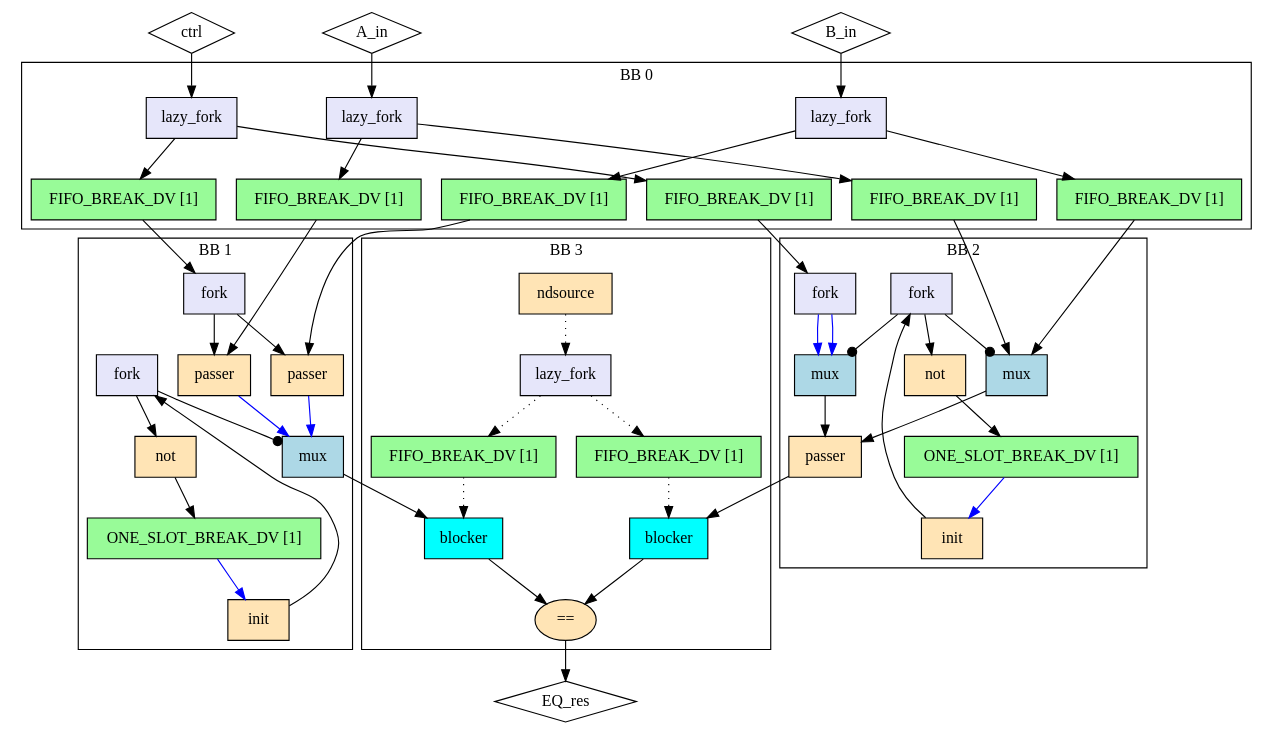
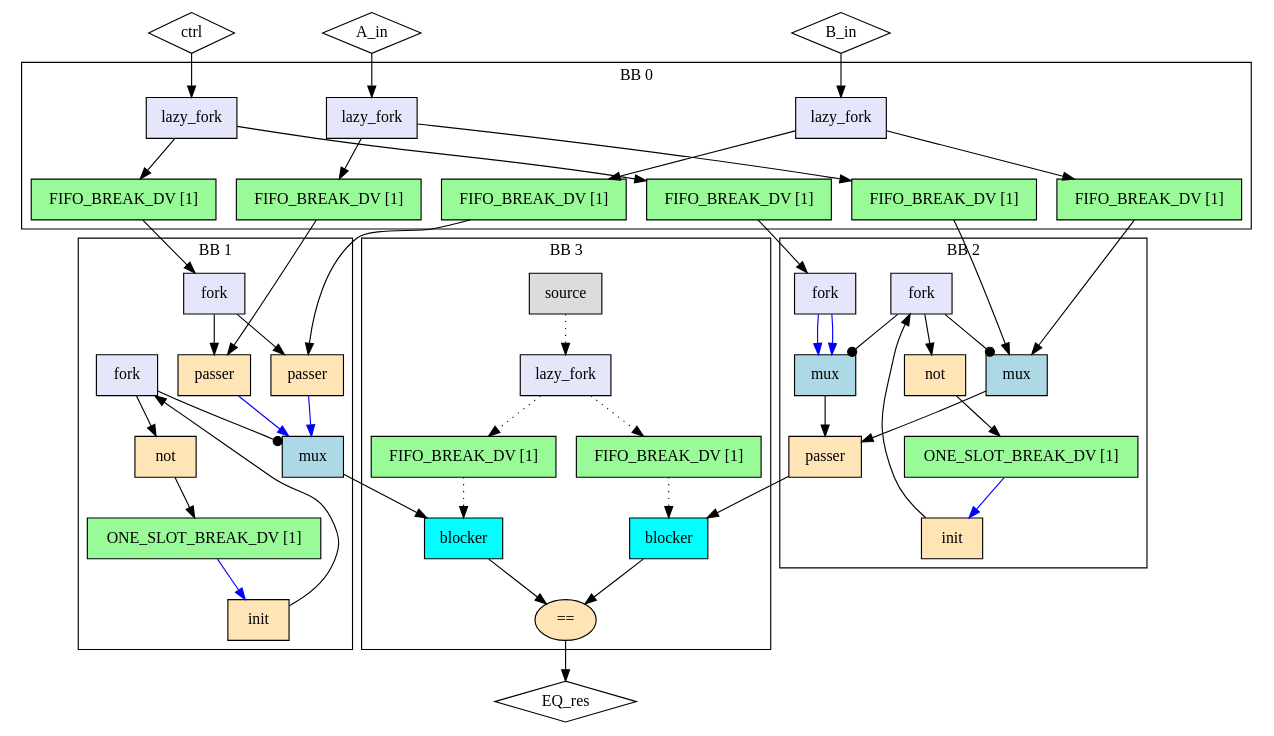
One commit to EPFL-LAP/dynamatic changed the diagram in experimental/tools/elastic-miter/out/sup_eager_gamma_mux/miter/model.dot. Above: the diagram before and after it, drawn with Graphviz. The commit also changed 415 other files, not shown here.

```diff
--- a/experimental/tools/elastic-miter/out/sup_eager_gamma_mux/miter/model.dot
+++ b/experimental/tools/elastic-miter/out/sup_eager_gamma_mux/miter/model.dot
@@ -1,96 +1,96 @@
 Digraph G {
   splines=spline
   compound=true
   "A_in" ["style"="solid", "shape"="diamond", "label"="A_in", "mlir_op"="handshake.func"]
   "B_in" ["style"="solid", "shape"="diamond", "label"="B_in", "mlir_op"="handshake.func"]
   "ctrl" ["style"="solid", "shape"="diamond", "label"="ctrl", "mlir_op"="handshake.func"]
   "EQ_res" ["style"="solid", "shape"="diamond", "label"="EQ_res", "mlir_op"="handshake.func"]
   "A_in" -> "in_fork_A_in" ["dir"="both", "style"="solid", "arrowhead"="normal", "from_idx"="0", "to"="ins", "arrowtail"="none", "from"="A_in", "to_idx"="0"]
   "B_in" -> "in_fork_B_in" ["dir"="both", "style"="solid", "arrowhead"="normal", "from_idx"="1", "to"="ins", "arrowtail"="none", "from"="B_in", "to_idx"="0"]
   "ctrl" -> "in_fork_ctrl" ["dir"="both", "style"="solid", "arrowhead"="normal", "from_idx"="2", "to"="ins", "arrowtail"="none", "from"="ctrl", "to_idx"="0"]
   "lhs_in_buf_A_in" -> "lhs_a_passer" ["dir"="both", "style"="solid", "arrowhead"="normal", "from_idx"="0", "to"="data", "arrowtail"="none", "from"="outs", "to_idx"="0"]
   "rhs_in_buf_A_in" -> "rhs_mux" ["dir"="both", "style"="solid", "arrowhead"="normal", "from_idx"="0", "to"="ins_1", "arrowtail"="none", "from"="outs", "to_idx"="2"]
   "lhs_in_buf_B_in" -> "lhs_b_passer" ["dir"="both", "style"="solid", "arrowhead"="normal", "from_idx"="0", "to"="data", "arrowtail"="none", "from"="outs", "to_idx"="0"]
   "rhs_in_buf_B_in" -> "rhs_mux" ["dir"="both", "style"="solid", "arrowhead"="normal", "from_idx"="0", "to"="ins_0", "arrowtail"="none", "from"="outs", "to_idx"="1"]
   "lhs_in_buf_ctrl" -> "lhs_ctrl_fork" ["dir"="both", "style"="solid", "arrowhead"="normal", "from_idx"="0", "to"="ins", "arrowtail"="none", "from"="outs", "to_idx"="0"]
   "rhs_in_buf_ctrl" -> "rhs_ctrl_fork" ["dir"="both", "style"="solid", "arrowhead"="normal", "from_idx"="0", "to"="ins", "arrowtail"="none", "from"="outs", "to_idx"="0"]
   "out_eq_res" -> "EQ_res" ["dir"="both", "style"="solid", "arrowhead"="normal", "from_idx"="0", "to"="EQ_res", "arrowtail"="none", "from"="result", "to_idx"="0"]
   "lhs_mux" -> "lhs_out_bl_res" ["dir"="both", "style"="solid", "arrowhead"="normal", "from_idx"="0", "to"="ins", "arrowtail"="none", "from"="outs", "to_idx"="0"]
   "rhs_res_passer" -> "rhs_out_bl_res" ["dir"="both", "style"="solid", "arrowhead"="normal", "from_idx"="0", "to"="ins", "arrowtail"="none", "from"="result", "to_idx"="0"]
   subgraph cluster0 {
     graph ["label"="BB 0"]
     "in_fork_A_in" ["style"="filled", "fillcolor"="lavender", "shape"="box", "label"="lazy_fork", "mlir_op"="handshake.lazy_fork"]
     "lhs_in_buf_A_in" ["style"="filled", "fillcolor"="palegreen", "shape"="box", "label"="FIFO_BREAK_DV [1]", "mlir_op"="handshake.buffer"]
     "rhs_in_buf_A_in" ["style"="filled", "fillcolor"="palegreen", "shape"="box", "label"="FIFO_BREAK_DV [1]", "mlir_op"="handshake.buffer"]
     "in_fork_B_in" ["style"="filled", "fillcolor"="lavender", "shape"="box", "label"="lazy_fork", "mlir_op"="handshake.lazy_fork"]
     "lhs_in_buf_B_in" ["style"="filled", "fillcolor"="palegreen", "shape"="box", "label"="FIFO_BREAK_DV [1]", "mlir_op"="handshake.buffer"]
     "rhs_in_buf_B_in" ["style"="filled", "fillcolor"="palegreen", "shape"="box", "label"="FIFO_BREAK_DV [1]", "mlir_op"="handshake.buffer"]
     "in_fork_ctrl" ["style"="filled", "fillcolor"="lavender", "shape"="box", "label"="lazy_fork", "mlir_op"="handshake.lazy_fork"]
     "lhs_in_buf_ctrl" ["style"="filled", "fillcolor"="palegreen", "shape"="box", "label"="FIFO_BREAK_DV [1]", "mlir_op"="handshake.buffer"]
     "rhs_in_buf_ctrl" ["style"="filled", "fillcolor"="palegreen", "shape"="box", "label"="FIFO_BREAK_DV [1]", "mlir_op"="handshake.buffer"]
     "in_fork_A_in" -> "lhs_in_buf_A_in" ["dir"="both", "style"="solid", "arrowhead"="normal", "from_idx"="0", "to"="ins", "arrowtail"="none", "from"="outs_0", "to_idx"="0"]
     "in_fork_A_in" -> "rhs_in_buf_A_in" ["dir"="both", "style"="solid", "arrowhead"="normal", "from_idx"="1", "to"="ins", "arrowtail"="none", "from"="outs_1", "to_idx"="0"]
     "in_fork_B_in" -> "lhs_in_buf_B_in" ["dir"="both", "style"="solid", "arrowhead"="normal", "from_idx"="0", "to"="ins", "arrowtail"="none", "from"="outs_0", "to_idx"="0"]
     "in_fork_B_in" -> "rhs_in_buf_B_in" ["dir"="both", "style"="solid", "arrowhead"="normal", "from_idx"="1", "to"="ins", "arrowtail"="none", "from"="outs_1", "to_idx"="0"]
     "in_fork_ctrl" -> "lhs_in_buf_ctrl" ["dir"="both", "style"="solid", "arrowhead"="normal", "from_idx"="0", "to"="ins", "arrowtail"="none", "from"="outs_0", "to_idx"="0"]
     "in_fork_ctrl" -> "rhs_in_buf_ctrl" ["dir"="both", "style"="solid", "arrowhead"="normal", "from_idx"="1", "to"="ins", "arrowtail"="none", "from"="outs_1", "to_idx"="0"]
   }
   subgraph cluster3 {
     graph ["label"="BB 3"]
-    "out_nds_res" ["style"="filled", "fillcolor"="moccasin", "shape"="box", "label"="ndsource", "mlir_op"="handshake.ndsource"]
+    "out_src_res" ["style"="filled", "fillcolor"="gainsboro", "shape"="box", "label"="source", "mlir_op"="handshake.source"]
     "out_lf_res" ["style"="filled", "fillcolor"="lavender", "shape"="box", "label"="lazy_fork", "mlir_op"="handshake.lazy_fork"]
     "out_buf_lhs_nds_res" ["style"="filled", "fillcolor"="palegreen", "shape"="box", "label"="FIFO_BREAK_DV [1]", "mlir_op"="handshake.buffer"]
     "out_buf_rhs_nds_res" ["style"="filled", "fillcolor"="palegreen", "shape"="box", "label"="FIFO_BREAK_DV [1]", "mlir_op"="handshake.buffer"]
     "lhs_out_bl_res" ["style"="filled", "fillcolor"="cyan", "shape"="box", "label"="blocker", "mlir_op"="handshake.blocker"]
     "rhs_out_bl_res" ["style"="filled", "fillcolor"="cyan", "shape"="box", "label"="blocker", "mlir_op"="handshake.blocker"]
     "out_eq_res" ["style"="filled", "fillcolor"="moccasin", "shape"="oval", "label"="==", "mlir_op"="handshake.cmpi=="]
-    "out_nds_res" -> "out_lf_res" ["dir"="both", "style"="dotted", "arrowhead"="normal", "from_idx"="0", "to"="ins", "arrowtail"="none", "from"="result", "to_idx"="0"]
+    "out_src_res" -> "out_lf_res" ["dir"="both", "style"="dotted", "arrowhead"="normal", "from_idx"="0", "to"="ins", "arrowtail"="none", "from"="outs", "to_idx"="0"]
     "out_lf_res" -> "out_buf_lhs_nds_res" ["dir"="both", "style"="dotted", "arrowhead"="normal", "from_idx"="0", "to"="ins", "arrowtail"="none", "from"="outs_0", "to_idx"="0"]
     "out_lf_res" -> "out_buf_rhs_nds_res" ["dir"="both", "style"="dotted", "arrowhead"="normal", "from_idx"="1", "to"="ins", "arrowtail"="none", "from"="outs_1", "to_idx"="0"]
     "out_buf_lhs_nds_res" -> "lhs_out_bl_res" ["dir"="both", "style"="dotted", "arrowhead"="normal", "from_idx"="0", "to"="ctrl", "arrowtail"="none", "from"="outs", "to_idx"="1"]
     "out_buf_rhs_nds_res" -> "rhs_out_bl_res" ["dir"="both", "style"="dotted", "arrowhead"="normal", "from_idx"="0", "to"="ctrl", "arrowtail"="none", "from"="outs", "to_idx"="1"]
     "lhs_out_bl_res" -> "out_eq_res" ["dir"="both", "style"="solid", "arrowhead"="normal", "from_idx"="0", "to"="lhs", "arrowtail"="none", "from"="outs", "to_idx"="0"]
     "rhs_out_bl_res" -> "out_eq_res" ["dir"="both", "style"="solid", "arrowhead"="normal", "from_idx"="0", "to"="rhs", "arrowtail"="none", "from"="outs", "to_idx"="1"]
   }
   subgraph cluster1 {
     graph ["label"="BB 1"]
     "lhs_initop" ["style"="filled", "fillcolor"="moccasin", "shape"="box", "label"="init", "mlir_op"="handshake.init"]
     "lhs_cst_dup_fork" ["style"="filled", "fillcolor"="lavender", "shape"="box", "label"="fork", "mlir_op"="handshake.fork"]
     "lhs_not" ["style"="filled", "fillcolor"="moccasin", "shape"="box", "label"="not", "mlir_op"="handshake.not"]
     "lhs_buff" ["style"="filled", "fillcolor"="palegreen", "shape"="box", "label"="ONE_SLOT_BREAK_DV [1]", "mlir_op"="handshake.buffer"]
     "lhs_ctrl_fork" ["style"="filled", "fillcolor"="lavender", "shape"="box", "label"="fork", "mlir_op"="handshake.fork"]
     "lhs_a_passer" ["style"="filled", "fillcolor"="moccasin", "shape"="box", "label"="passer", "mlir_op"="handshake.passer"]
     "lhs_b_passer" ["style"="filled", "fillcolor"="moccasin", "shape"="box", "label"="passer", "mlir_op"="handshake.passer"]
     "lhs_mux" ["style"="filled", "fillcolor"="lightblue", "shape"="box", "label"="mux", "mlir_op"="handshake.mux"]
     "lhs_initop" -> "lhs_cst_dup_fork" ["dir"="both", "style"="solid", "arrowhead"="normal", "from_idx"="0", "to"="ins", "arrowtail"="none", "from"="outs", "to_idx"="0"]
     "lhs_cst_dup_fork" -> "lhs_not" ["dir"="both", "style"="solid", "arrowhead"="normal", "from_idx"="0", "to"="ins", "arrowtail"="none", "from"="outs_0", "to_idx"="0"]
     "lhs_cst_dup_fork" -> "lhs_mux" ["dir"="both", "style"="solid", "arrowhead"="dot", "from_idx"="1", "to"="index", "arrowtail"="none", "from"="outs_1", "to_idx"="0"]
     "lhs_not" -> "lhs_buff" ["dir"="both", "style"="solid", "arrowhead"="normal", "from_idx"="0", "to"="ins", "arrowtail"="none", "from"="outs", "to_idx"="0"]
     "lhs_buff" -> "lhs_initop" ["dir"="both", "style"="solid", "arrowhead"="normal", "from_idx"="0", "color"="blue", "to"="ins", "arrowtail"="none", "from"="outs", "to_idx"="0"]
     "lhs_ctrl_fork" -> "lhs_a_passer" ["dir"="both", "style"="solid", "arrowhead"="normal", "from_idx"="0", "to"="ctrl", "arrowtail"="none", "from"="outs_0", "to_idx"="1"]
     "lhs_ctrl_fork" -> "lhs_b_passer" ["dir"="both", "style"="solid", "arrowhead"="normal", "from_idx"="1", "to"="ctrl", "arrowtail"="none", "from"="outs_1", "to_idx"="1"]
     "lhs_a_passer" -> "lhs_mux" ["dir"="both", "style"="solid", "arrowhead"="normal", "from_idx"="0", "color"="blue", "to"="ins_1", "arrowtail"="none", "from"="result", "to_idx"="2"]
     "lhs_b_passer" -> "lhs_mux" ["dir"="both", "style"="solid", "arrowhead"="normal", "from_idx"="0", "color"="blue", "to"="ins_0", "arrowtail"="none", "from"="result", "to_idx"="1"]
   }
   subgraph cluster2 {
     graph ["label"="BB 2"]
     "rhs_initop" ["style"="filled", "fillcolor"="moccasin", "shape"="box", "label"="init", "mlir_op"="handshake.init"]
     "rhs_cst_dup_fork" ["style"="filled", "fillcolor"="lavender", "shape"="box", "label"="fork", "mlir_op"="handshake.fork"]
     "rhs_not" ["style"="filled", "fillcolor"="moccasin", "shape"="box", "label"="not", "mlir_op"="handshake.not"]
     "rhs_buff" ["style"="filled", "fillcolor"="palegreen", "shape"="box", "label"="ONE_SLOT_BREAK_DV [1]", "mlir_op"="handshake.buffer"]
     "rhs_ctrl_fork" ["style"="filled", "fillcolor"="lavender", "shape"="box", "label"="fork", "mlir_op"="handshake.fork"]
     "rhs_ctrl_mux" ["style"="filled", "fillcolor"="lightblue", "shape"="box", "label"="mux", "mlir_op"="handshake.mux"]
     "rhs_mux" ["style"="filled", "fillcolor"="lightblue", "shape"="box", "label"="mux", "mlir_op"="handshake.mux"]
     "rhs_res_passer" ["style"="filled", "fillcolor"="moccasin", "shape"="box", "label"="passer", "mlir_op"="handshake.passer"]
     "rhs_initop" -> "rhs_cst_dup_fork" ["dir"="both", "style"="solid", "arrowhead"="normal", "from_idx"="0", "to"="ins", "arrowtail"="none", "from"="outs", "to_idx"="0"]
     "rhs_cst_dup_fork" -> "rhs_not" ["dir"="both", "style"="solid", "arrowhead"="normal", "from_idx"="0", "to"="ins", "arrowtail"="none", "from"="outs_0", "to_idx"="0"]
     "rhs_cst_dup_fork" -> "rhs_ctrl_mux" ["dir"="both", "style"="solid", "arrowhead"="dot", "from_idx"="1", "to"="index", "arrowtail"="none", "from"="outs_1", "to_idx"="0"]
     "rhs_cst_dup_fork" -> "rhs_mux" ["dir"="both", "style"="solid", "arrowhead"="dot", "from_idx"="2", "to"="index", "arrowtail"="none", "from"="outs_2", "to_idx"="0"]
     "rhs_not" -> "rhs_buff" ["dir"="both", "style"="solid", "arrowhead"="normal", "from_idx"="0", "to"="ins", "arrowtail"="none", "from"="outs", "to_idx"="0"]
     "rhs_buff" -> "rhs_initop" ["dir"="both", "style"="solid", "arrowhead"="normal", "from_idx"="0", "color"="blue", "to"="ins", "arrowtail"="none", "from"="outs", "to_idx"="0"]
     "rhs_ctrl_fork" -> "rhs_ctrl_mux" ["dir"="both", "style"="solid", "arrowhead"="normal", "from_idx"="0", "color"="blue", "to"="ins_1", "arrowtail"="none", "from"="outs_0", "to_idx"="2"]
     "rhs_ctrl_fork" -> "rhs_ctrl_mux" ["dir"="both", "style"="solid", "arrowhead"="normal", "from_idx"="1", "color"="blue", "to"="ins_0", "arrowtail"="none", "from"="outs_1", "to_idx"="1"]
     "rhs_ctrl_mux" -> "rhs_res_passer" ["dir"="both", "style"="solid", "arrowhead"="normal", "from_idx"="0", "to"="ctrl", "arrowtail"="none", "from"="outs", "to_idx"="1"]
     "rhs_mux" -> "rhs_res_passer" ["dir"="both", "style"="solid", "arrowhead"="normal", "from_idx"="0", "to"="data", "arrowtail"="none", "from"="outs", "to_idx"="0"]
   }
 }
```
